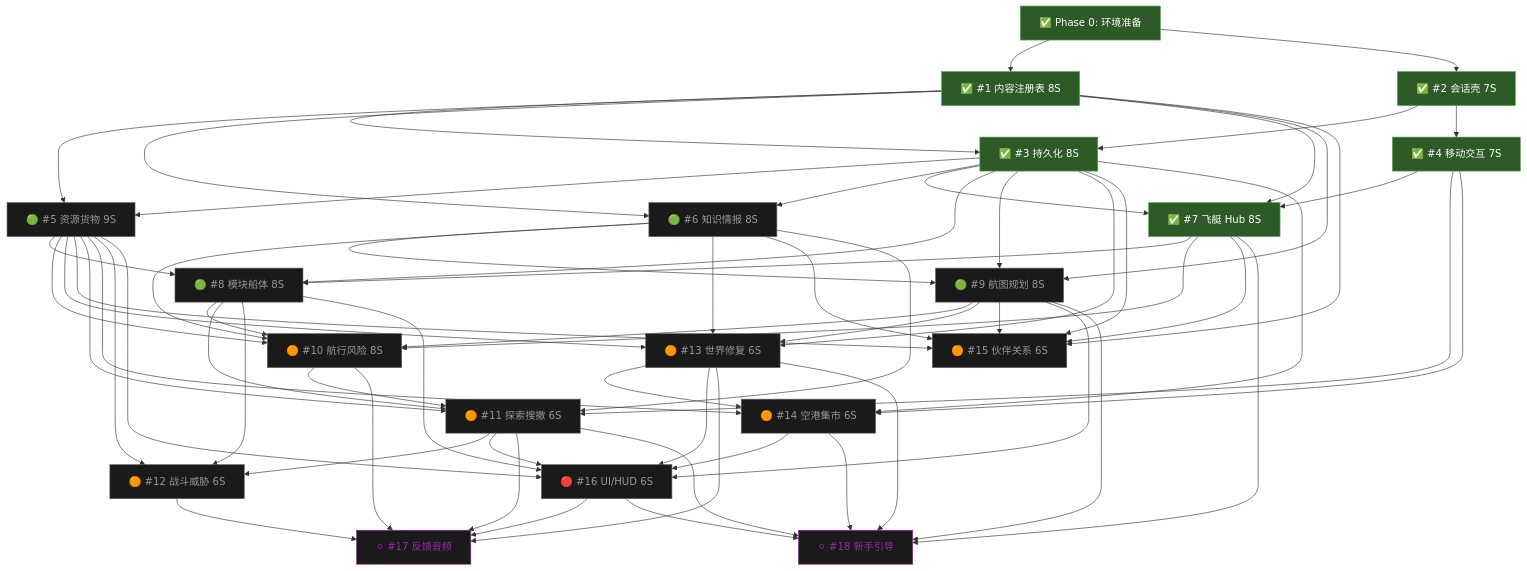
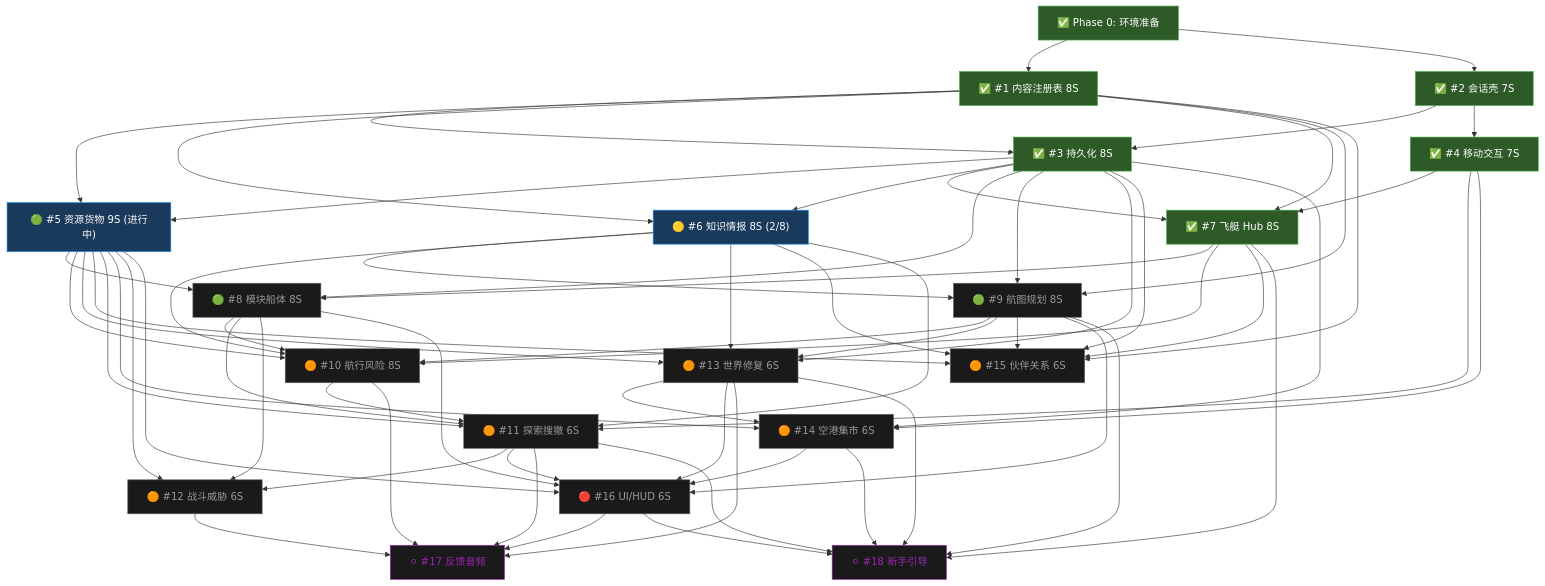
The second of 3 diagrams in docs/reference/production-flowchart.md (lieinsay/Claude-Code-Game-Studios), drawn with Mermaid before and after one commit. The commit also changed other lines of this file and 11 other files, not shown here.

```diff
--- a/docs/reference/production-flowchart.md
+++ b/docs/reference/production-flowchart.md
@@ -73,8 +73,8 @@
     S3["✅ #3 持久化 8S"]:::done
     S4["✅ #4 移动交互 7S"]:::done
 
-    S5["🟢 #5 资源货物 9S"]:::future
-    S6["🟢 #6 知识情报 8S"]:::future
+    S5["🟢 #5 资源货物 9S (进行中)"]:::active
+    S6["🟡 #6 知识情报 8S (2/8)"]:::active
     S7["✅ #7 飞艇 Hub 8S"]:::done
 
     S8["🟢 #8 模块船体 8S"]:::future
```
